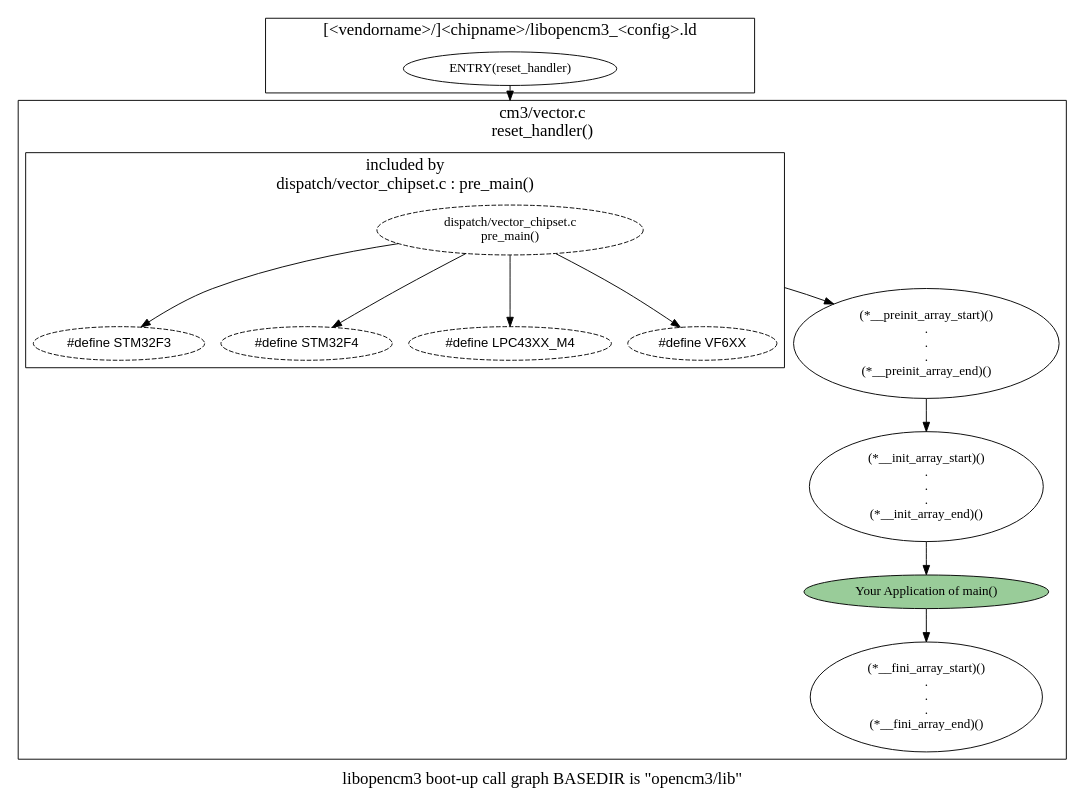
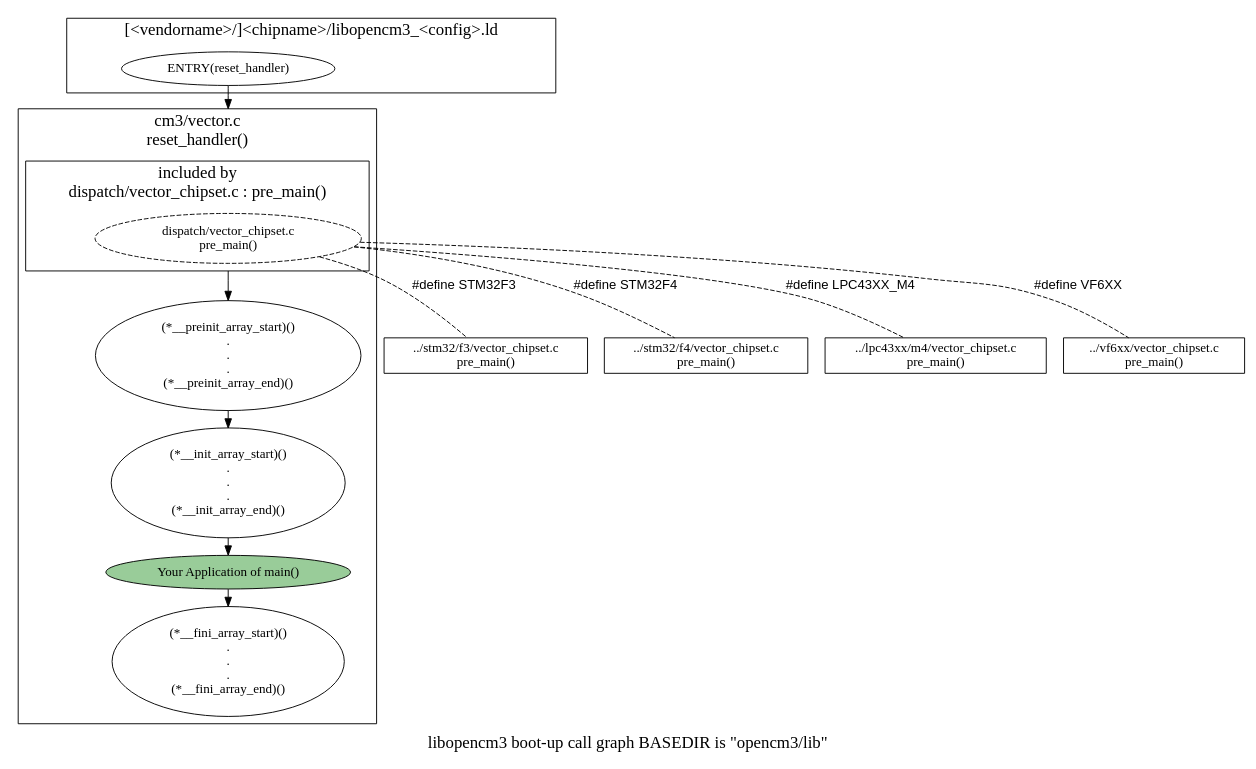
Before and after one commit to noztos/libopencm3: the diagram in lib/bootupCallGraph.dot, drawn with Graphviz.

Commit message:
bruch up

```diff
--- a/lib/bootupCallGraph.dot
+++ b/lib/bootupCallGraph.dot
@@ -1,77 +1,84 @@
 /*
  * Copyright (C) 2015
  *		Toshiaki NOZAWA <noz.tos <at> gmail_dot_com>
  * All rights reserved.
  *
  * Redistribution and use in source, with or without
  * modification, are permitted provided that the following conditions
  * are met:
  * 1. Redistributions of source code must retain the above copyright
  *    notice, this list of conditions and the following disclaimer.
  * 2. Redistributions in binary form must reproduce the above copyright
  *    notice, this list of conditions and the following disclaimer in the
  *    documentation and/or other materials provided with the distribution.
  * 3. All advertising materials mentioning features or use of this software
  *    must display the following acknowledgement:
  *        This product includes software developed by Toshiaki NOZAWA.
  * 4. Neither the name of Toshiaki NOZAWA nor the names of its
  *    contributors may be used to endorse or promote products derived
  *    from this software without specific prior written permission.
  *
  * THIS DOCUMENT IS PROVIDED BY TOSHIAKI NOZAWA AND CONTRIBUTORS
  * ``AS IS'' AND ANY EXPRESS OR IMPLIED WARRANTIES, INCLUDING, BUT NOT LIMITED
  * TO, THE IMPLIED WARRANTIES OF MERCHANTABILITY AND FITNESS FOR A PARTICULAR
  * PURPOSE ARE DISCLAIMED.  IN NO EVENT SHALL THE CORPORATION OR CONTRIBUTORS
  * BE LIABLE FOR ANY DIRECT, INDIRECT, INCIDENTAL, SPECIAL, EXEMPLARY, OR
  * CONSEQUENTIAL DAMAGES (INCLUDING, BUT NOT LIMITED TO, PROCUREMENT OF
  * SUBSTITUTE GOODS OR SERVICES; LOSS OF USE, DATA, OR PROFITS; OR BUSINESS
  * INTERRUPTION) HOWEVER CAUSED AND ON ANY THEORY OF LIABILITY, WHETHER IN
  * CONTRACT, STRICT LIABILITY, OR TORT (INCLUDING NEGLIGENCE OR OTHERWISE)
  * ARISING IN ANY WAY OUT OF THE USE OF THIS SOFTWARE, EVEN IF ADVISED OF THE
  * POSSIBILITY OF SUCH DAMAGE.
  */
 
 # usage:
 # simply do
 # > make
 # from terminal, then be generated ../bootupCallGraph.png
 
 digraph bootup {
 	graph [label = "libopencm3 boot-up call graph		BASEDIR is \"opencm3/lib\"", fontsize = 18, compound = true];
 
-	ENTRY [label = "ENTRY(reset_handler)"];
-	pre_main [label = "dispatch/vector_chipset.c \n pre_main()", style = dashed];
-	main [label = "Your Application of main()", style = filled, fillcolor = "#99cc99"];
-	preinit_array [label = " (*__preinit_array_start)() \n.\n.\n.\n (*__preinit_array_end)() "];
-	init_array [label = " (*__init_array_start)() \n.\n.\n.\n (*__init_array_end)() "];
-	fini_array [label = " (*__fini_array_start)() \n.\n.\n.\n (*__fini_array_end)() "];
+	ENTRY [label = "ENTRY(reset_handler)", group = 1];
+	pre_main [label = "dispatch/vector_chipset.c \n pre_main()", style = dashed, group = 1];
+	pre_main_stm32f3 [label = "../stm32/f3/vector_chipset.c \n pre_main()", shape = box];
+	pre_main_stm32f4 [label = "../stm32/f4/vector_chipset.c \n pre_main()", shape = box];
+	pre_main_lpc43xxm4 [label = "../lpc43xx/m4/vector_chipset.c \n pre_main()", shape = box];
+	pre_main_vf6xx [label = "../vf6xx/vector_chipset.c \n pre_main()", shape = box];
+
+	main [label = "Your Application of main()", style = filled, fillcolor = "#99cc99", group = 1];
+	preinit_array [label = " (*__preinit_array_start)() \n.\n.\n.\n (*__preinit_array_end)() ", group = 1];
+	init_array [label = " (*__init_array_start)() \n.\n.\n.\n (*__init_array_end)() ", group = 1];
+	fini_array [label = " (*__fini_array_start)() \n.\n.\n.\n (*__fini_array_end)() ", group = 1];
 
 	subgraph cluster_reset_handler {
 		label = " cm3/vector.c \n reset_handler() ";
 		shape = circle;
 
 		pre_main
 			->  preinit_array [ltail = cluster_pre_main];
 		preinit_array
 			-> init_array
 			-> main
 			-> fini_array
 
-			subgraph cluster_pre_main {
-				label = "included by \n dispatch/vector_chipset.c : pre_main()";
+		subgraph cluster_pre_main {
+			label = "included by \n dispatch/vector_chipset.c : pre_main()";
+			graph [ranksep = 3.0];
 
-				pre_main ->
-				{
-					"../stm32/f3/vector_chipset.c" [label = "#define STM32F3", fontname = "Helvetica", dir = none, style = dashed];
-					"../stm32/f4/vector_chipset.c" [label = "#define STM32F4", fontname = "Helvetica", dir = none, style = dashed];
-					"../lpc43xx/m4/vector_chipset.c" [label = "#define LPC43XX_M4", fontname = "Helvetica", dir = none, style = dashed];
-					"../vf6xx/vector_chipset.c" [label = "#define VF6XX", fontname = "Helvetica", dir = none, style = dashed];
-				}
-			}
+			pre_main -> pre_main_stm32f3	[label = "#define STM32F3", fontname = "Helvetica", dir = none, style = dashed];
+			pre_main -> pre_main_stm32f4	[label = "#define STM32F4", fontname = "Helvetica", dir = none, style = dashed];
+			pre_main -> pre_main_lpc43xxm4	[label = "#define LPC43XX_M4", fontname = "Helvetica", dir = none, style = dashed];
+			pre_main -> pre_main_vf6xx	[label = "#define VF6XX", fontname = "Helvetica", dir = none, style = dashed];
+		}
+
 	}
+
+	{rank = same; pre_main_stm32f3; pre_main_stm32f4; pre_main_lpc43xxm4; pre_main_vf6xx}
 
 	subgraph cluster_libopencm3_ld {
 		label = "[<vendorname>/]<chipname>/libopencm3_<config>.ld";
-			ENTRY -> pre_main [lhead = cluster_reset_handler]
+		ENTRY -> pre_main [lhead = cluster_reset_handler]
 	}
+
 }
```
